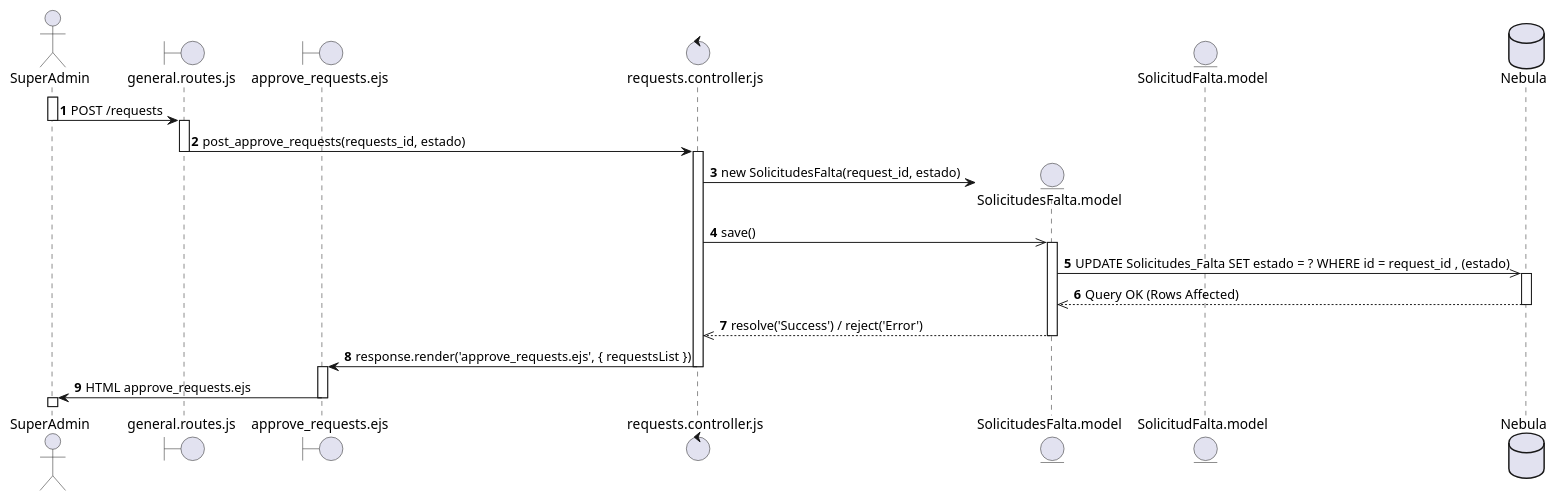
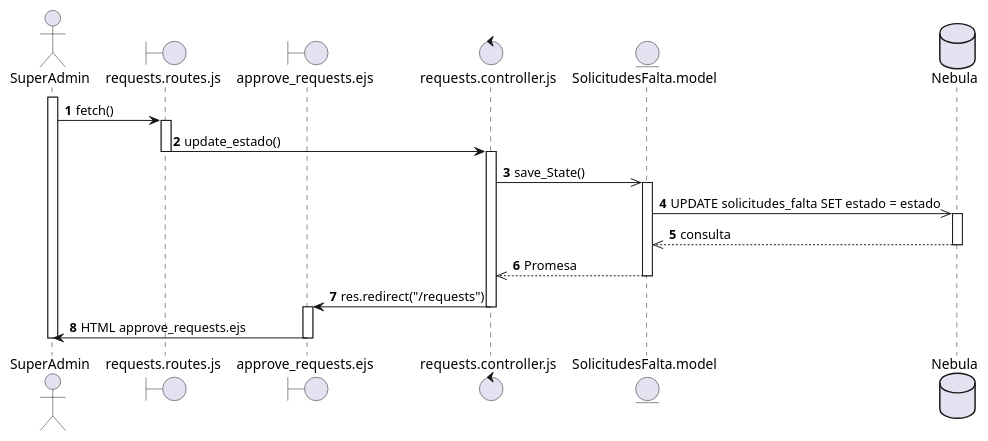
One commit to SALV19/Nebula_tc2005b changed the diagram in diagramas_secuencia/req27.puml. Above: the diagram before and after it, drawn with PlantUML. The commit also changed 15 other files, not shown here.

```diff
--- a/diagramas_secuencia/req27.puml
+++ b/diagramas_secuencia/req27.puml
@@ -1,42 +1,39 @@
-@startuml REQ_27
+@startuml REQ_27 SuperAdmin registra aprobación de falta
 autonumber
 actor SuperAdmin as S
-boundary general.routes.js as SRoute
+boundary requests.routes.js as SRoute
+' boundary general.routes.js as gr
 boundary approve_requests.ejs as Requests
 control requests.controller.js as SController
 entity SolicitudesFalta.model as SModel
-entity SolicitudFalta.model as Model
 database Nebula as db
 
 ' ---- APROBAR SOLICITUD ----
 activate S
-S -> SRoute : POST /requests
-deactivate S
+S -> SRoute : fetch()
 
 activate SRoute
-SRoute -> SController : post_approve_requests(requests_id, estado)
+SRoute -> SController : update_estado()
 deactivate SRoute
 
 activate SController 
-create SModel
-SController -> SModel : new SolicitudesFalta(request_id, estado)
-SController ->> SModel : save()
+SController ->> SModel : save_State()
 
 activate SModel
-SModel ->> db : UPDATE Solicitudes_Falta SET estado = ? WHERE id = request_id , (estado)
+SModel ->> db : UPDATE solicitudes_falta SET estado = estado
 activate db
-db -->> SModel : Query OK (Rows Affected)
+db -->> SModel : consulta
 deactivate db
 
-SModel -->> SController : resolve('Success') / reject('Error')
+SModel -->> SController : Promesa
 deactivate SModel
 
-SController -> Requests : response.render('approve_requests.ejs', { requestsList })
+SController -> Requests : res.redirect("/requests")
 deactivate SController
 
 activate Requests
 Requests -> S : HTML approve_requests.ejs
 deactivate Requests
 
-activate S
+deactivate S
 @enduml
```
